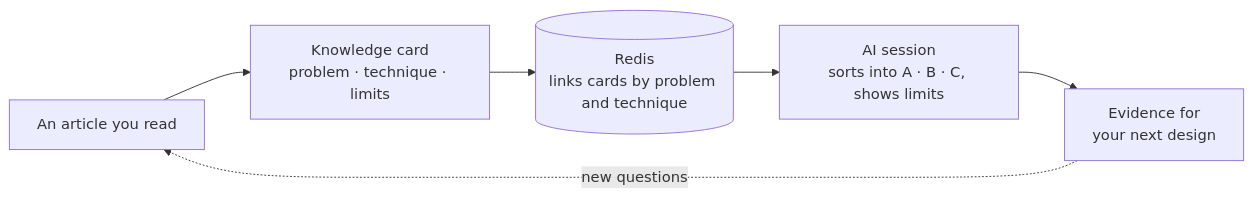
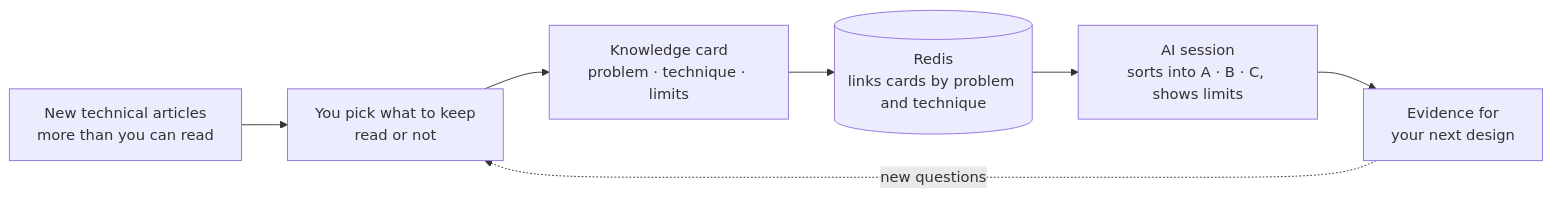
Before and after one commit to ai-dev-methodologies/knowledge-scout: the first of 2 diagrams in README.md, drawn with Mermaid. The commit also changed other lines of this file and 1 other file, not shown here.

First line of the commit message:
docs: README concept reframed — curate the flood of articles, search them whether read or not

````diff
--- a/README.md
+++ b/README.md
@@ -13,8 +13,8 @@
 ```mermaid
 flowchart LR
-    A["An article you read"] --> B["Knowledge card<br/>problem · technique · limits"]
+    A["New technical articles<br/>more than you can read"] --> S["You pick what to keep<br/>read or not"] --> B["Knowledge card<br/>problem · technique · limits"]
     B --> C[("Redis<br/>links cards by problem and technique")]
     C --> D["AI session<br/>sorts into A · B · C, shows limits"]
     D --> E["Evidence for<br/>your next design"]
-    E -.->|"new questions"| A
+    E -.->|"new questions"| S
 ```
````
